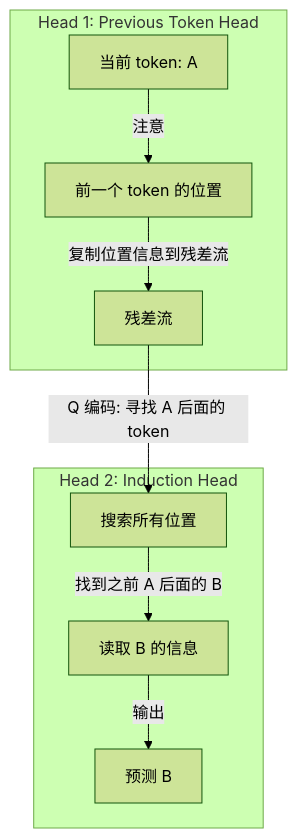
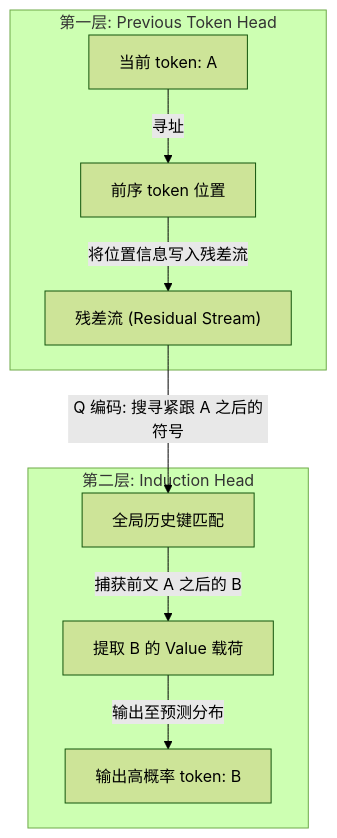
One commit to yingwang/thinking-in-llm changed the third of 5 diagrams in chapters/02-attention.md. Above: the diagram before and after it, drawn with Mermaid (forest theme). The commit also changed other lines of this file and 31 other files, not shown here.

````diff
--- a/chapters/02-attention.md
+++ b/chapters/02-attention.md
@@ -269,13 +267,13 @@
 ```mermaid
 graph TB
-    subgraph "Head 1: Previous Token Head"
-        A["当前 token: A"] -->|"注意"| B["前一个 token 的位置"]
-        B -->|"复制位置信息到残差流"| C["残差流"]
+    subgraph "第一层: Previous Token Head"
+        A["当前 token: A"] -->|"寻址"| B["前序 token 位置"]
+        B -->|"将位置信息写入残差流"| C["残差流 (Residual Stream)"]
     end
     
-    subgraph "Head 2: Induction Head"
-        C -->|"Q 编码: 寻找 A 后面的 token"| D["搜索所有位置"]
-        D -->|"找到之前 A 后面的 B"| E["读取 B 的信息"]
-        E -->|"输出"| F["预测 B"]
+    subgraph "第二层: Induction Head"
+        C -->|"Q 编码: 搜寻紧跟 A 之后的符号"| D["全局历史键匹配"]
+        D -->|"捕获前文 A 之后的 B"| E["提取 B 的 Value 载荷"]
+        E -->|"输出至预测分布"| F["输出高概率 token: B"]
     end
 ```
````
